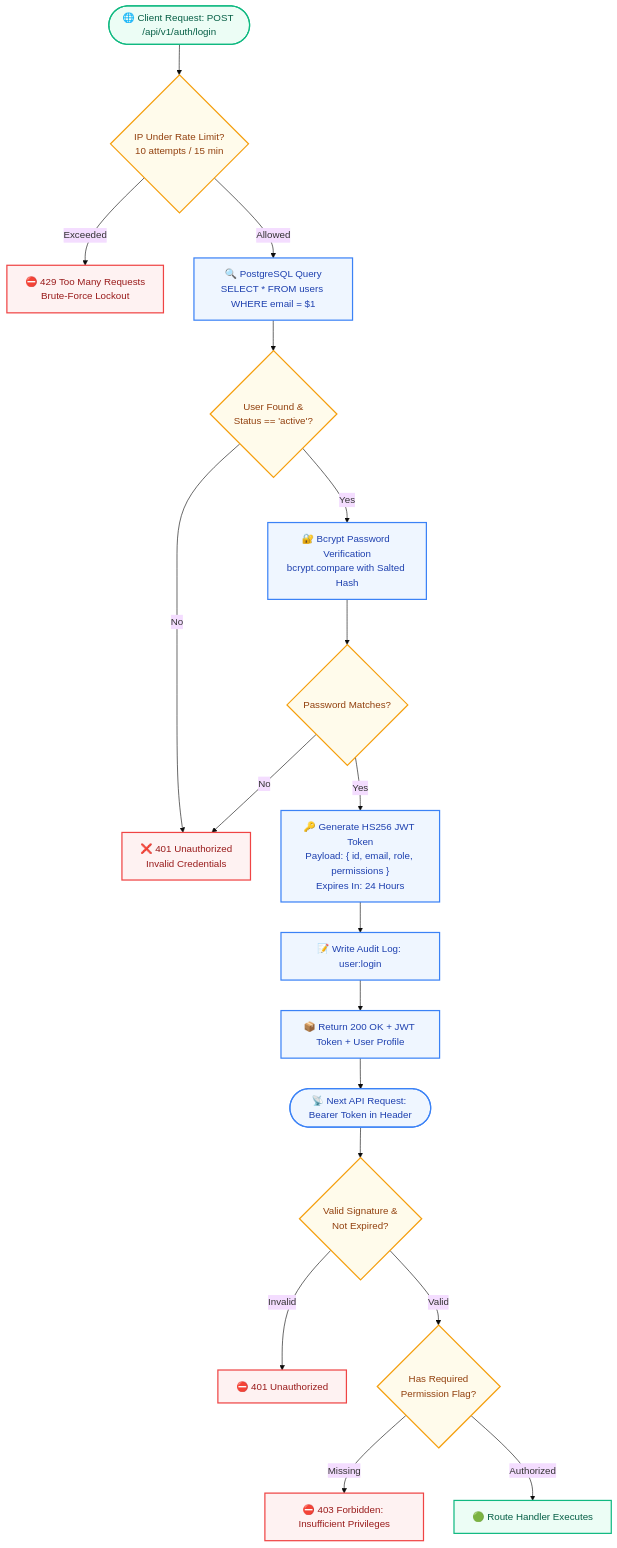
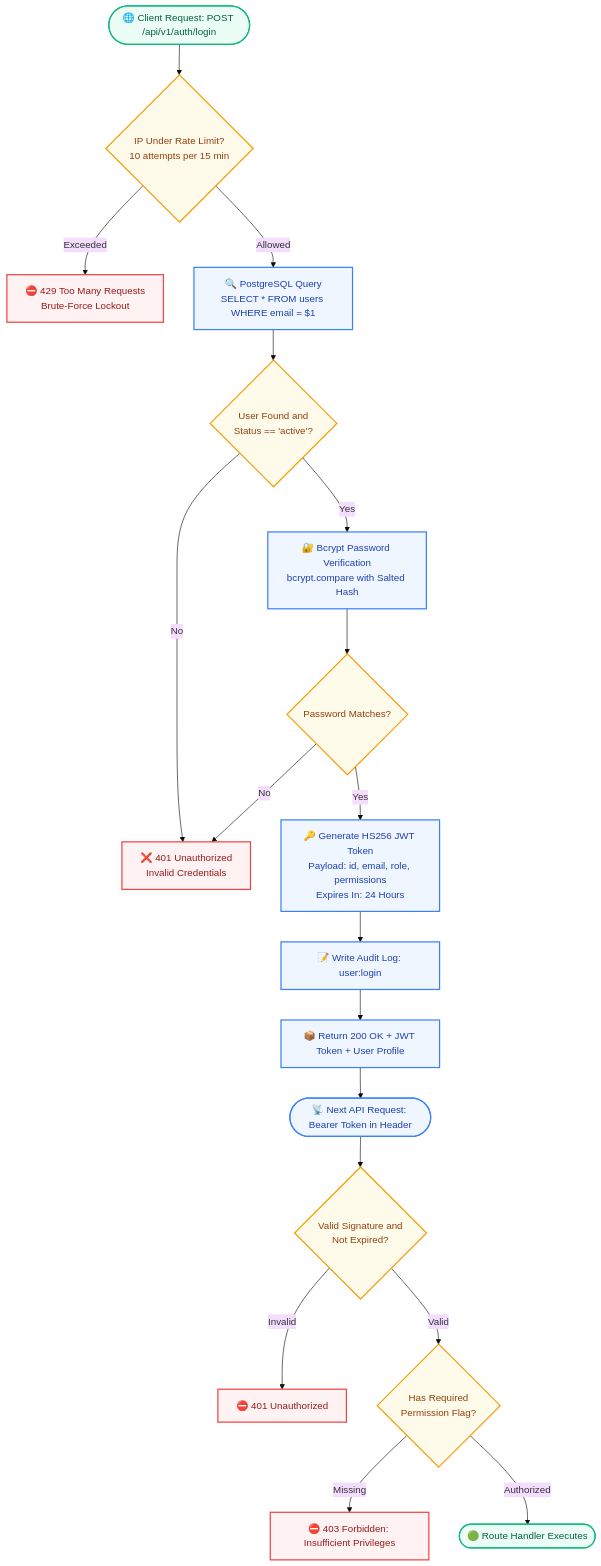
One commit to Ari-ICU/lab-stock changed the second of 3 diagrams in README.md. Above: the diagram before and after it, drawn with Mermaid (base theme). The commit also changed other lines of this file and 1 other file, not shown here.

Commit message:
docs: sanitize Mermaid flowchart syntax in markdown documentation

````diff
--- a/README.md
+++ b/README.md
@@ -197,35 +197,35 @@
 ```mermaid
 flowchart TD
-    ClientReq([🌐 Client Request: POST /api/v1/auth/login]) --> RateLimit{IP Under Rate Limit?<br/>10 attempts / 15 min}
-    RateLimit -- Exceeded --> BlockIP[⛔ 429 Too Many Requests<br/>Brute-Force Lockout]
+    ClientReq(["🌐 Client Request: POST /api/v1/auth/login"]) --> RateLimit{"IP Under Rate Limit?<br/>10 attempts per 15 min"}
+    RateLimit -- Exceeded --> BlockIP["⛔ 429 Too Many Requests<br/>Brute-Force Lockout"]
     
-    RateLimit -- Allowed --> LookupUser[🔍 PostgreSQL Query<br/>SELECT * FROM users WHERE email = $1]
-    LookupUser --> UserExists{User Found &<br/>Status == 'active'?}
-    UserExists -- No --> ErrCreds[❌ 401 Unauthorized<br/>Invalid Credentials]
+    RateLimit -- Allowed --> LookupUser["🔍 PostgreSQL Query<br/>SELECT * FROM users WHERE email = $1"]
+    LookupUser --> UserExists{"User Found and<br/>Status == 'active'?"}
+    UserExists -- No --> ErrCreds["❌ 401 Unauthorized<br/>Invalid Credentials"]
     
-    UserExists -- Yes --> CheckPwd[🔐 Bcrypt Password Verification<br/>bcrypt.compare with Salted Hash]
-    CheckPwd --> PwdMatch{Password Matches?}
+    UserExists -- Yes --> CheckPwd["🔐 Bcrypt Password Verification<br/>bcrypt.compare with Salted Hash"]
+    CheckPwd --> PwdMatch{"Password Matches?"}
     PwdMatch -- No --> ErrCreds
     
-    PwdMatch -- Yes --> SignJWT["🔑 Generate HS256 JWT Token<br/>Payload: { id, email, role, permissions }<br/>Expires In: 24 Hours"]
-    SignJWT --> AuditLogin[📝 Write Audit Log: user:login]
-    AuditLogin --> ReturnToken[📦 Return 200 OK + JWT Token + User Profile]
+    PwdMatch -- Yes --> SignJWT["🔑 Generate HS256 JWT Token<br/>Payload: id, email, role, permissions<br/>Expires In: 24 Hours"]
+    SignJWT --> AuditLogin["📝 Write Audit Log: user:login"]
+    AuditLogin --> ReturnToken["📦 Return 200 OK + JWT Token + User Profile"]
     
-    ReturnToken --> APIReq([📡 Next API Request: Bearer Token in Header])
-    APIReq --> VerifyJWT{Valid Signature &<br/>Not Expired?}
-    VerifyJWT -- Invalid --> Err401[⛔ 401 Unauthorized]
+    ReturnToken --> APIReq(["📡 Next API Request: Bearer Token in Header"])
+    APIReq --> VerifyJWT{"Valid Signature and<br/>Not Expired?"}
+    VerifyJWT -- Invalid --> Err401["⛔ 401 Unauthorized"]
     
-    VerifyJWT -- Valid --> CheckRole{Has Required<br/>Permission Flag?}
-    CheckRole -- Missing --> Err403[⛔ 403 Forbidden: Insufficient Privileges]
-    CheckRole -- Authorized --> ExecRoute[🟢 Route Handler Executes]
+    VerifyJWT -- Valid --> CheckRole{"Has Required<br/>Permission Flag?"}
+    CheckRole -- Missing --> Err403["⛔ 403 Forbidden: Insufficient Privileges"]
+    CheckRole -- Authorized --> ExecRoute(["🟢 Route Handler Executes"])
 
     classDef green fill:#ecfdf5,stroke:#10b981,stroke-width:2px,color:#065f46;
     classDef amber fill:#fffbeb,stroke:#f59e0b,stroke-width:2px,color:#92400e;
     classDef red fill:#fef2f2,stroke:#ef4444,stroke-width:2px,color:#991b1b;
     classDef blue fill:#eff6ff,stroke:#3b82f6,stroke-width:2px,color:#1e40af;
     
     class ClientReq,ExecRoute green;
     class RateLimit,UserExists,PwdMatch,VerifyJWT,CheckRole amber;
     class BlockIP,ErrCreds,Err401,Err403 red;
     class LookupUser,CheckPwd,SignJWT,AuditLogin,ReturnToken,APIReq blue;
 ```
````
